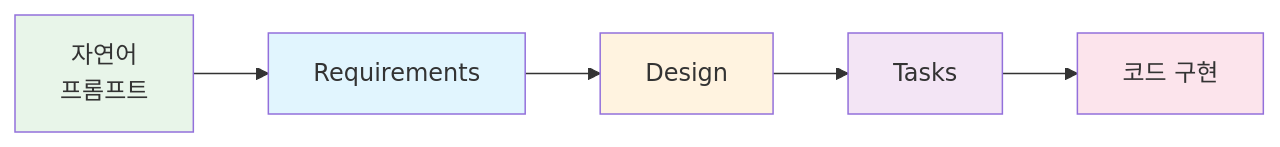
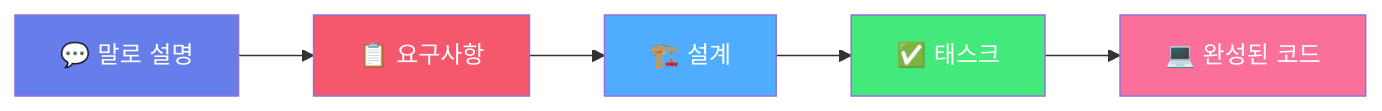
The diagram in summary/README.md (rornfdlek/kiro-workshop-gsretail-gitbook), drawn with Mermaid before and after one commit. The commit also changed other lines of this file and 17 other files, not shown here.

````diff
--- a/summary/README.md
+++ b/summary/README.md
@@ -26,13 +26,13 @@
 ```mermaid
 graph LR
-    A[자연어<br/>프롬프트] --> B[Requirements]
-    B --> C[Design]
-    C --> D[Tasks]
-    D --> E[코드 구현]
+    A["💬 말로 설명"] --> B["📋 요구사항"]
+    B --> C["🏗️ 설계"]
+    C --> D["✅ 태스크"]
+    D --> E["💻 완성된 코드"]
 
-    style A fill:#e8f5e9
-    style B fill:#e1f5fe
-    style C fill:#fff3e0
-    style D fill:#f3e5f5
-    style E fill:#fce4ec
+    style A fill:#667eea,color:#fff
+    style B fill:#f5576c,color:#fff
+    style C fill:#4facfe,color:#fff
+    style D fill:#43e97b,color:#fff
+    style E fill:#fa709a,color:#fff
 ```
````
